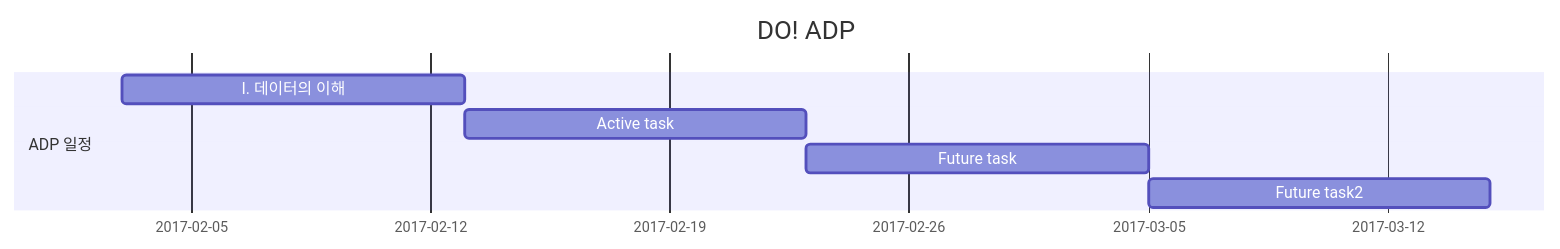
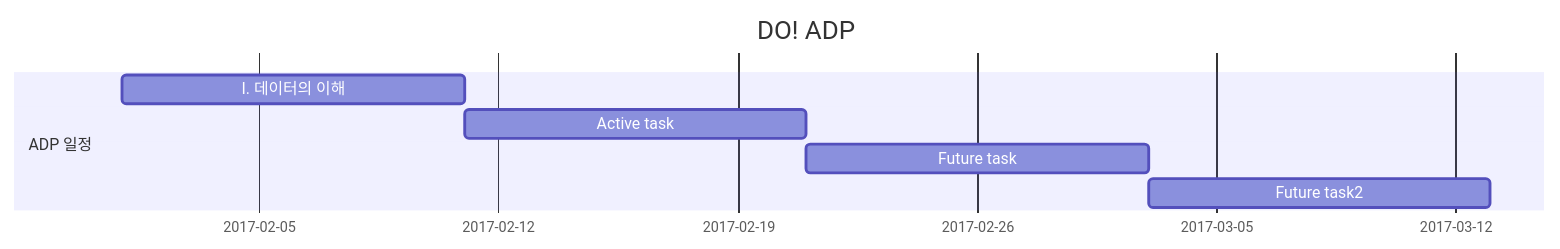
One commit to jacegem/Today-I-Learned changed the diagram in doc/adp.md. Above: the diagram before and after it, drawn with Mermaid.

Commit message:
Updates doc/adp.md
Auto commit by GitBook Editor

```diff
--- a/doc/adp.md
+++ b/doc/adp.md
@@ -3,10 +3,10 @@
 {% mermaid %}
 gantt
         dateFormat  YYYY-MM-DD
         title DO! ADP
         section ADP 일정
-        Ⅰ. 데이터의 이해         : Active, 2017-02-03, 10d
+        Ⅰ. 데이터의 이해         : Active, 2017-02-01, 10d
         Active task              :  10d
         Future task              :  10d
         Future task2             :  10d
 {% endmermaid %}
```
